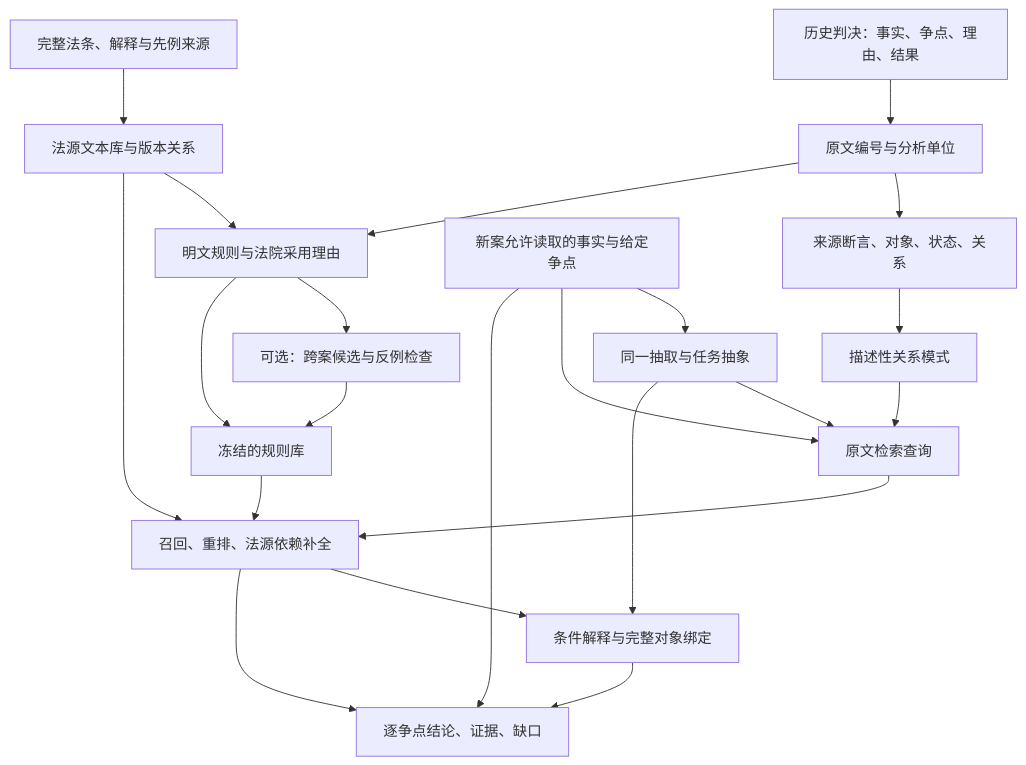
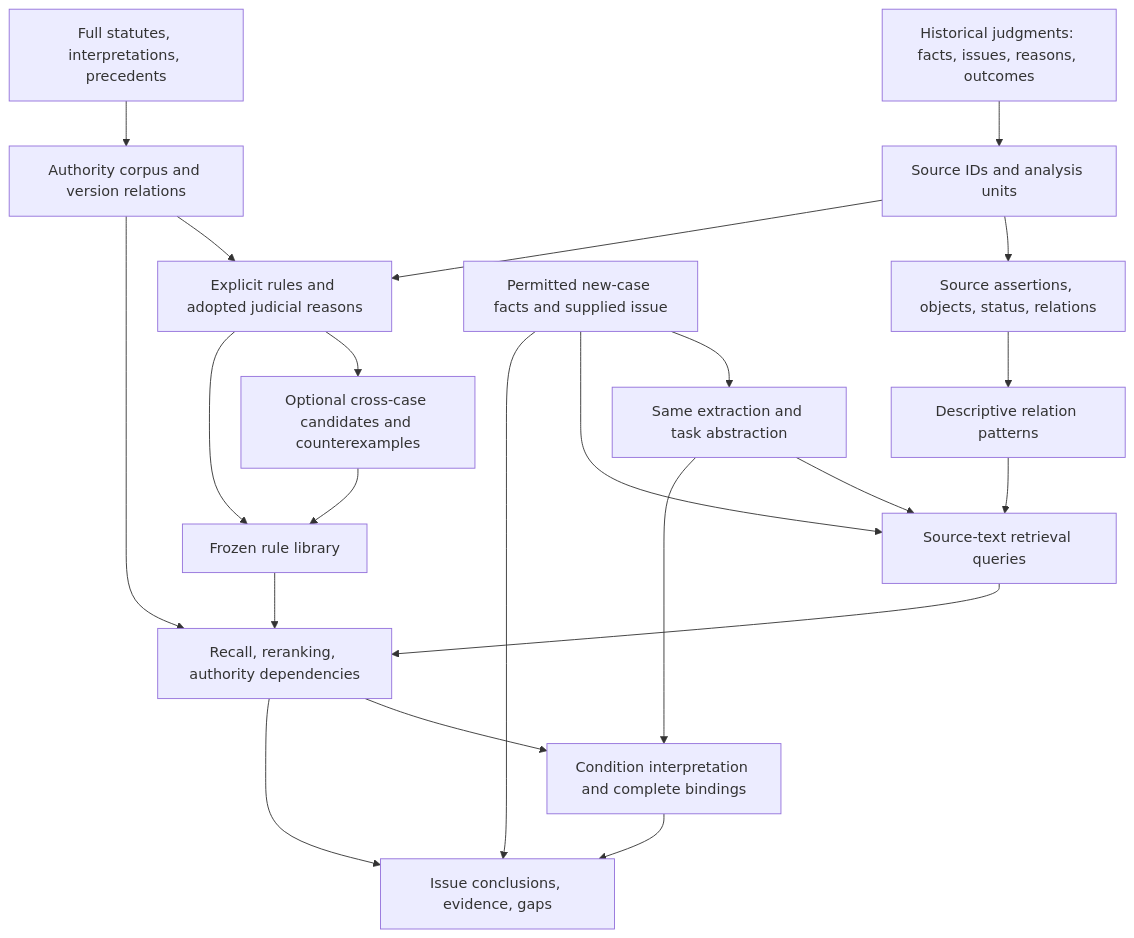
The diagram in docs/plans/rules-and-verdict-v1/PIPELINE.md (ChanStormstout/legal-fact-benchmark), drawn with Mermaid before and after one commit. The commit also changed other lines of this file and 128 other files, not shown here.

````diff
--- a/docs/plans/rules-and-verdict-v1/PIPELINE.md
+++ b/docs/plans/rules-and-verdict-v1/PIPELINE.md
@@ -29,24 +29,24 @@
 ```mermaid
 flowchart TD
-    H[历史判决：事实、争点、理由、结果] --> S[原文编号与分析单位]
-    L[完整法条、解释与先例来源] --> K[法源文本库与版本关系]
-    S --> F[来源断言、对象、状态、关系]
-    S --> R[明文规则与法院采用理由]
+    H[Historical judgments: facts, issues, reasons, outcomes] --> S[Source IDs and analysis units]
+    L[Full statutes, interpretations, precedents] --> K[Authority corpus and version relations]
+    S --> F[Source assertions, objects, status, relations]
+    S --> R[Explicit rules and adopted judicial reasons]
     K --> R
-    F --> P[描述性关系模式]
-    R --> I[可选：跨案候选与反例检查]
-    R --> C[冻结的规则库]
+    F --> P[Descriptive relation patterns]
+    R --> I[Optional cross-case candidates and counterexamples]
+    R --> C[Frozen rule library]
     I --> C
-    N[新案允许读取的事实与给定争点] --> X[同一抽取与任务抽象]
-    N --> Q[原文检索查询]
+    N[Permitted new-case facts and supplied issue] --> X[Same extraction and task abstraction]
+    N --> Q[Source-text retrieval queries]
     X --> Q
     P --> Q
-    Q --> V[召回、重排、法源依赖补全]
+    Q --> V[Recall, reranking, authority dependencies]
     K --> V
     C --> V
-    V --> E[条件解释与完整对象绑定]
+    V --> E[Condition interpretation and complete bindings]
     X --> E
-    E --> D[逐争点结论、证据、缺口]
+    E --> D[Issue conclusions, evidence, gaps]
     V --> D
     N --> D
 ```
````
